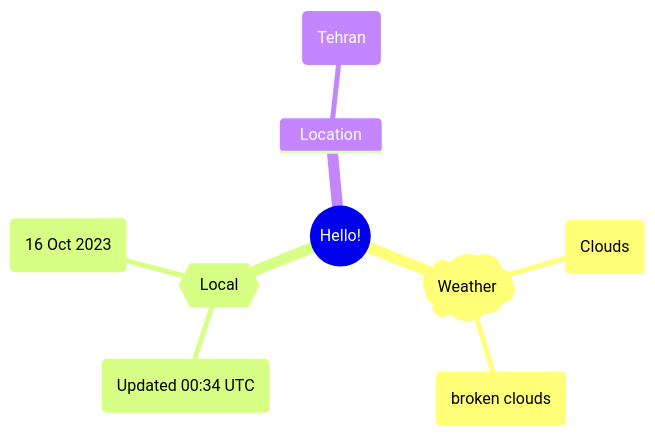
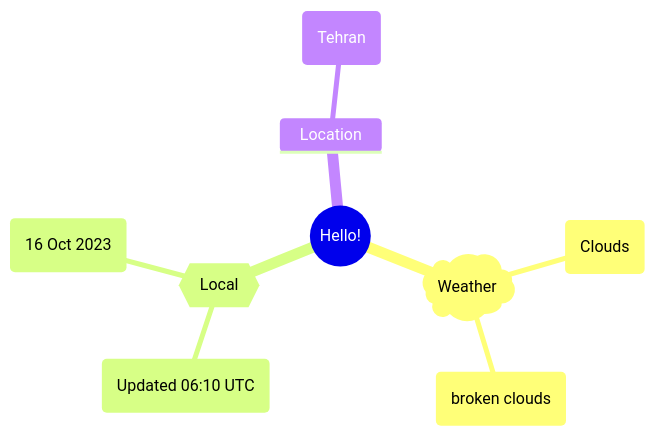
The first of 2 diagrams in README.md (Xosrov/Xosrov), drawn with Mermaid before and after one commit.

Commit message:
[bot] updated images

````diff
--- a/README.md
+++ b/README.md
@@ -3,12 +3,12 @@
 ```mermaid
 mindmap
   root((Hello!))
     )Weather(
         (Clouds)
         (broken clouds)
     {{Local}}
-        (Updated 00:34 UTC)
+        (Updated 06:10 UTC)
         (16 Oct 2023)
     Location
         (Tehran)
 ```
````
